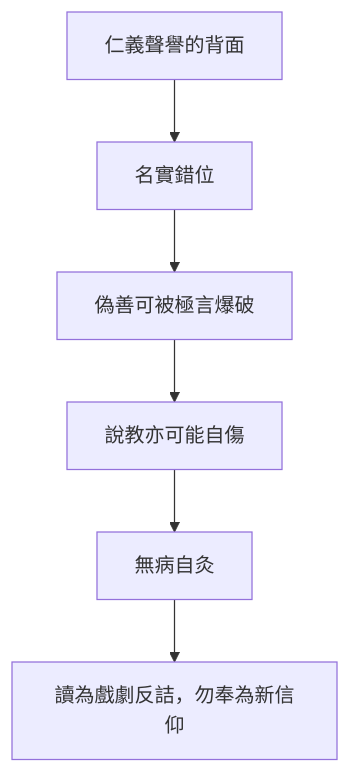
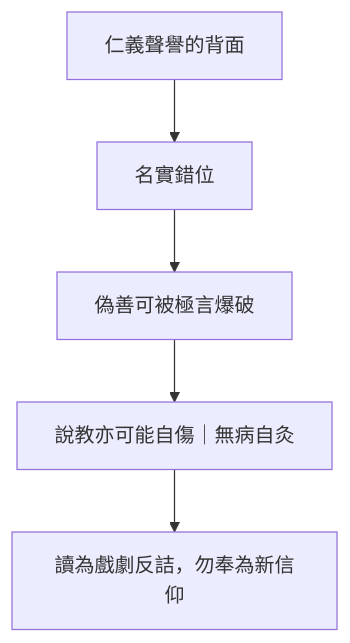
One commit to show0621/zhuangzi-atlas changed the diagram in content/chapters/03-雜篇/29-盜跖.md. Above: the diagram before and after it, drawn with Mermaid. The commit also changed other lines of this file and 35 other files, not shown here.

First line of the commit message:
fix(print): 全書心智圖改單欄並獨頁放大

````diff
--- a/content/chapters/03-雜篇/29-盜跖.md
+++ b/content/chapters/03-雜篇/29-盜跖.md
@@ -202,8 +202,8 @@
 ```mermaid
 flowchart TB
-  Q[仁義聲譽的背面] --> N[名實錯位]
-  N --> H[偽善可被極言爆破]
-  H --> S[說教亦可能自傷]
-  S --> W[無病自灸]
-  W --> R[讀為戲劇反詰，勿奉為新信仰]
+  Q["仁義聲譽的背面"]
+  Q --> N["名實錯位"]
+  N --> H["偽善可被極言爆破"]
+  H --> S["說教亦可能自傷｜無病自灸"]
+  S --> R["讀為戲劇反詰，勿奉為新信仰"]
 ```
````
